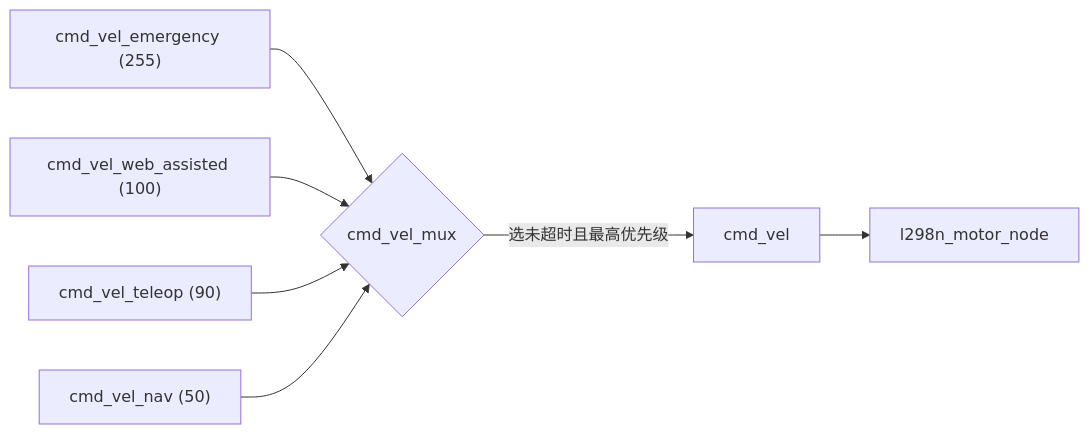
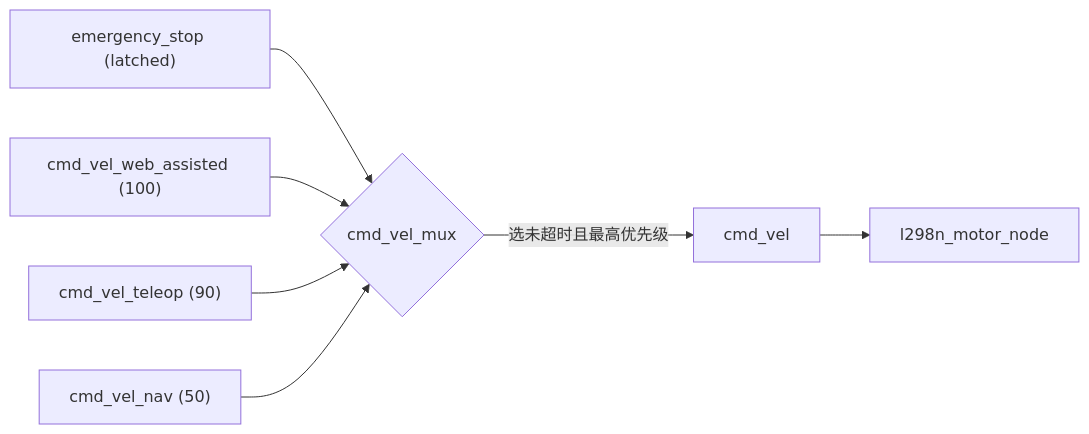
The fourth of 5 diagrams in docs/architecture_diagrams.md (sasha-lyk/auto_patrol_car), drawn with Mermaid before and after one commit. The commit also changed other lines of this file and 29 other files, not shown here.

Commit message:
Harden patrol calibration, emergency stop, and validation

````diff
--- a/docs/architecture_diagrams.md
+++ b/docs/architecture_diagrams.md
@@ -120,9 +120,9 @@
 ```mermaid
 flowchart LR
-  e["cmd_vel_emergency (255)"] --> mux{cmd_vel_mux}
+  e["emergency_stop (latched)"] --> mux{cmd_vel_mux}
   w["cmd_vel_web_assisted (100)"] --> mux
   t["cmd_vel_teleop (90)"] --> mux
   n["cmd_vel_nav (50)"] --> mux
   mux -->|"选未超时且最高优先级"| out[cmd_vel]
   out --> motor["l298n_motor_node"]
 ```
````
